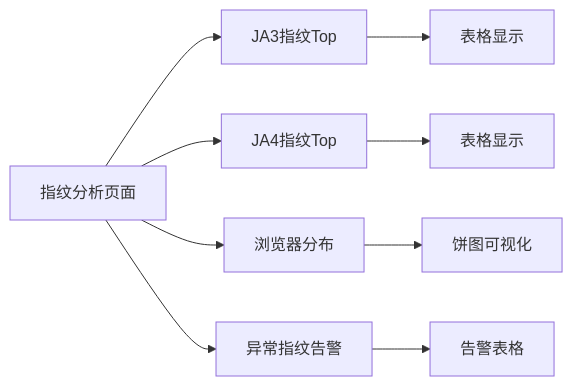
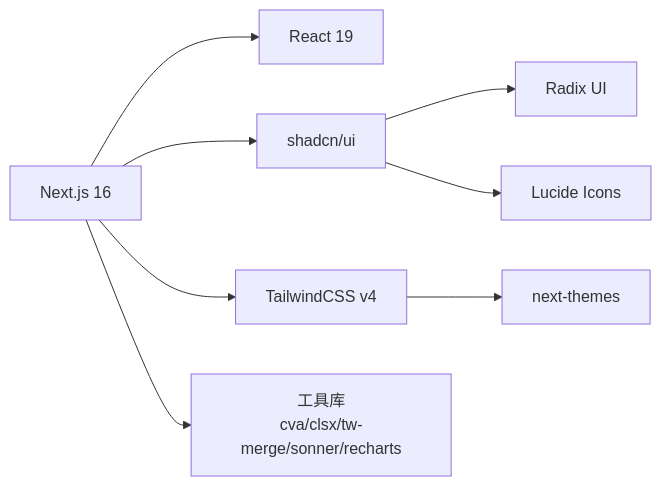
The eighth of 8 diagrams in docs/前端管理界面/前端管理界面.md (x01n/My-OpenWaf), drawn with Mermaid before and after one commit. The commit also changed other lines of this file and 199 other files, not shown here.

````diff
--- a/docs/前端管理界面/前端管理界面.md
+++ b/docs/前端管理界面/前端管理界面.md
@@ -626,11 +288,10 @@
 ```mermaid
 graph LR
-FingerprintPage["指纹分析页面"] --> JA3["JA3指纹Top"]
-FingerprintPage --> JA4["JA4指纹Top"]
-FingerprintPage --> Browser["浏览器分布"]
-FingerprintPage --> Anomalies["异常指纹告警"]
-JA3 --> Table1["表格显示"]
-JA4 --> Table2["表格显示"]
-Browser --> PieChart["饼图可视化"]
-Anomalies --> AlertTable["告警表格"]
+N["Next.js 16"] --> R["React 19"]
+N --> SC["shadcn/ui"]
+SC --> RU["Radix UI"]
+SC --> LC["Lucide Icons"]
+N --> TW["TailwindCSS v4"]
+TW --> NT["next-themes"]
+N --> UT["工具库<br/>cva/clsx/tw-merge/sonner/recharts"]
 ```
````
